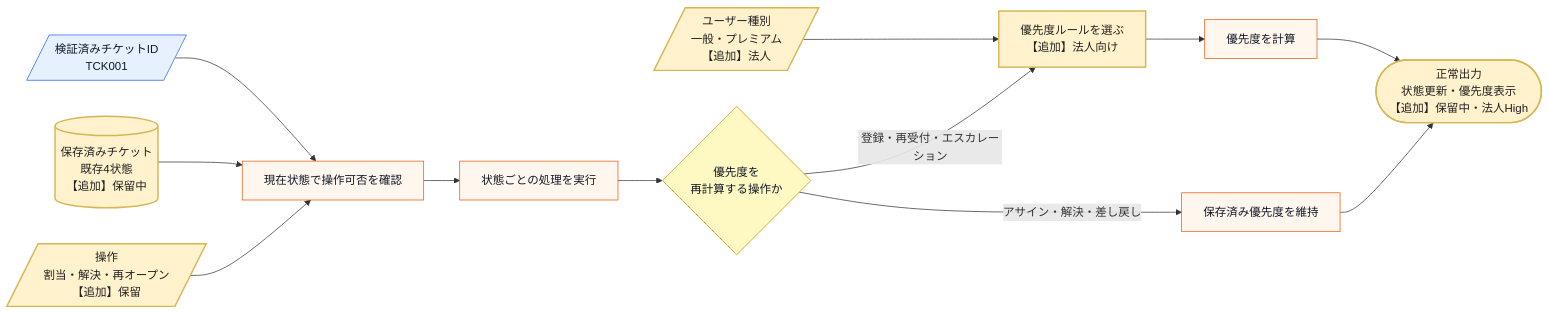
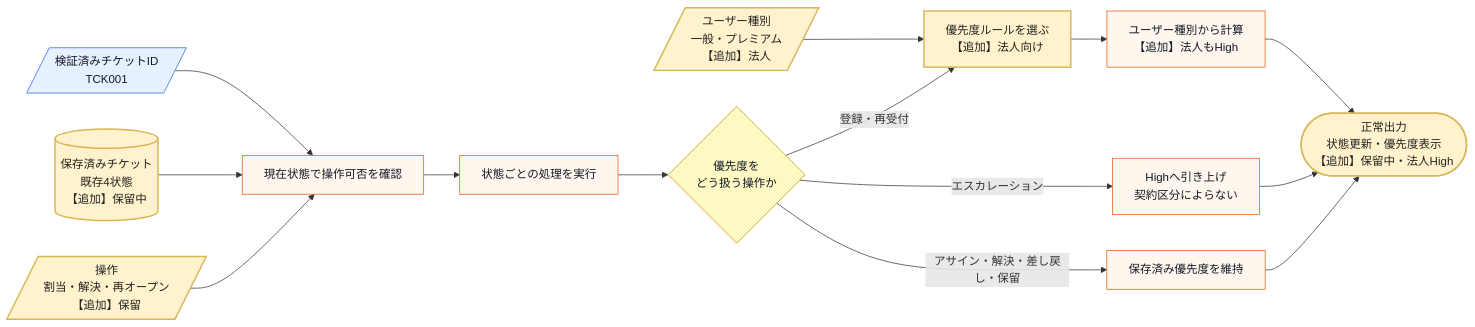
The sixth of 21 diagrams in kindle/design-patterns/output/chapter09_2.md (kumachan1101-pixel/DesignPattern), drawn with Mermaid before and after one commit. The commit also changed other lines of this file and 3 other files, not shown here.

````diff
--- a/kindle/design-patterns/output/chapter09_2.md
+++ b/kindle/design-patterns/output/chapter09_2.md
@@ -770,23 +772,25 @@
 ```mermaid
 flowchart LR
     A[/検証済みチケットID<br>TCK001/]:::input --> D[現在状態で操作可否を確認]:::process
     C[(保存済みチケット<br>既存4状態<br>【追加】保留中)]:::data --> D
     E[/ユーザー種別<br>一般・プレミアム<br>【追加】法人/]:::input --> F[優先度ルールを選ぶ<br>【追加】法人向け]:::process
     G[/操作<br>割当・解決・再オープン<br>【追加】保留/]:::input --> D
     D --> H[状態ごとの処理を実行]:::process
-    H --> K{優先度を<br>再計算する操作か}:::decision
-    K -->|登録・再受付・エスカレーション| F
-    F --> I[優先度を計算]:::process
-    K -->|アサイン・解決・差し戻し| L[保存済み優先度を維持]:::process
+    H --> K{優先度を<br>どう扱う操作か}:::decision
+    K -->|登録・再受付| F
+    F --> I[ユーザー種別から計算<br>【追加】法人もHigh]:::process
+    K -->|エスカレーション| M[Highへ引き上げ<br>契約区分によらない]:::process
+    K -->|アサイン・解決・差し戻し・保留| L[保存済み優先度を維持]:::process
     I --> J
+    M --> J
     L --> J
     J([正常出力<br>状態更新・優先度表示<br>【追加】保留中・法人High]):::normal
 
     classDef data fill:#ecfeff,stroke:#0891b2,color:#111827;
     classDef input fill:#e7f0ff,stroke:#2563eb,color:#111827;
     classDef process fill:#fff7ed,stroke:#ea580c,color:#111827;
     classDef decision fill:#fef9c3,stroke:#ca8a04,color:#111827;
     classDef normal fill:#dcfce7,stroke:#16a34a,color:#111827;
     classDef changed fill:#FFF2CC,stroke:#D6B656,stroke-width:2px,color:#222222;
     class C,E,F,G,J changed;
 ```
````
